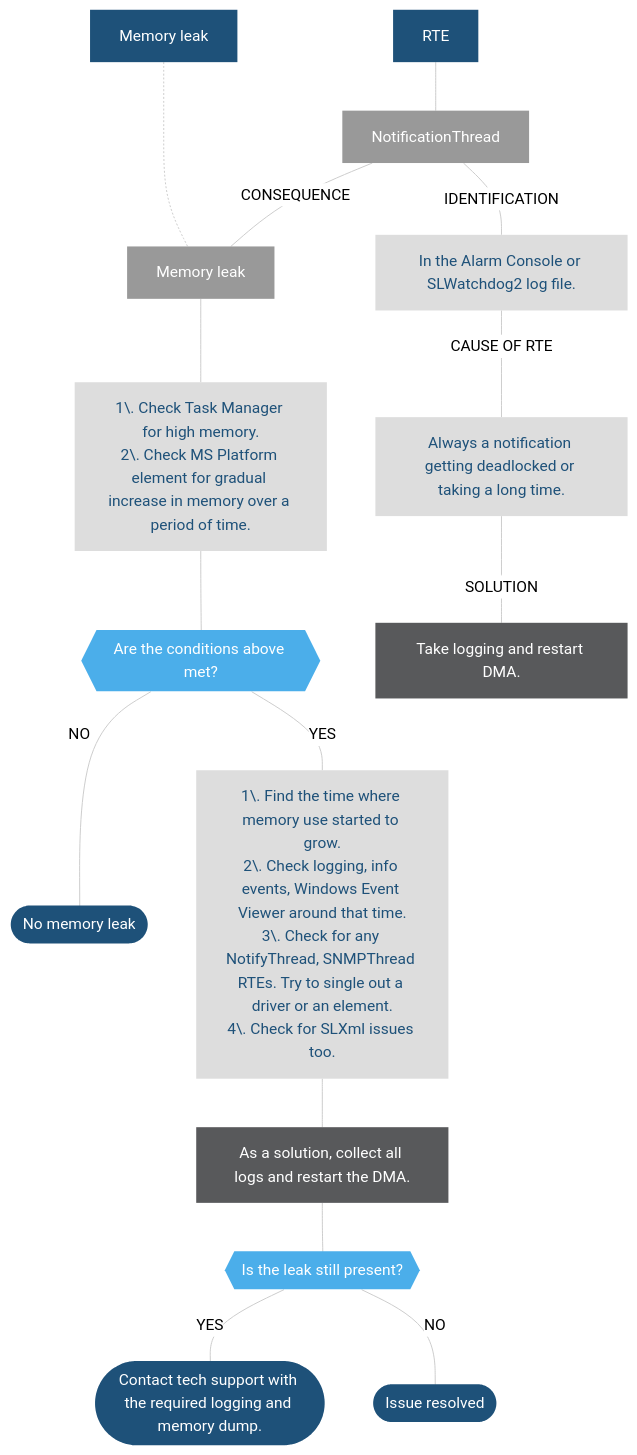
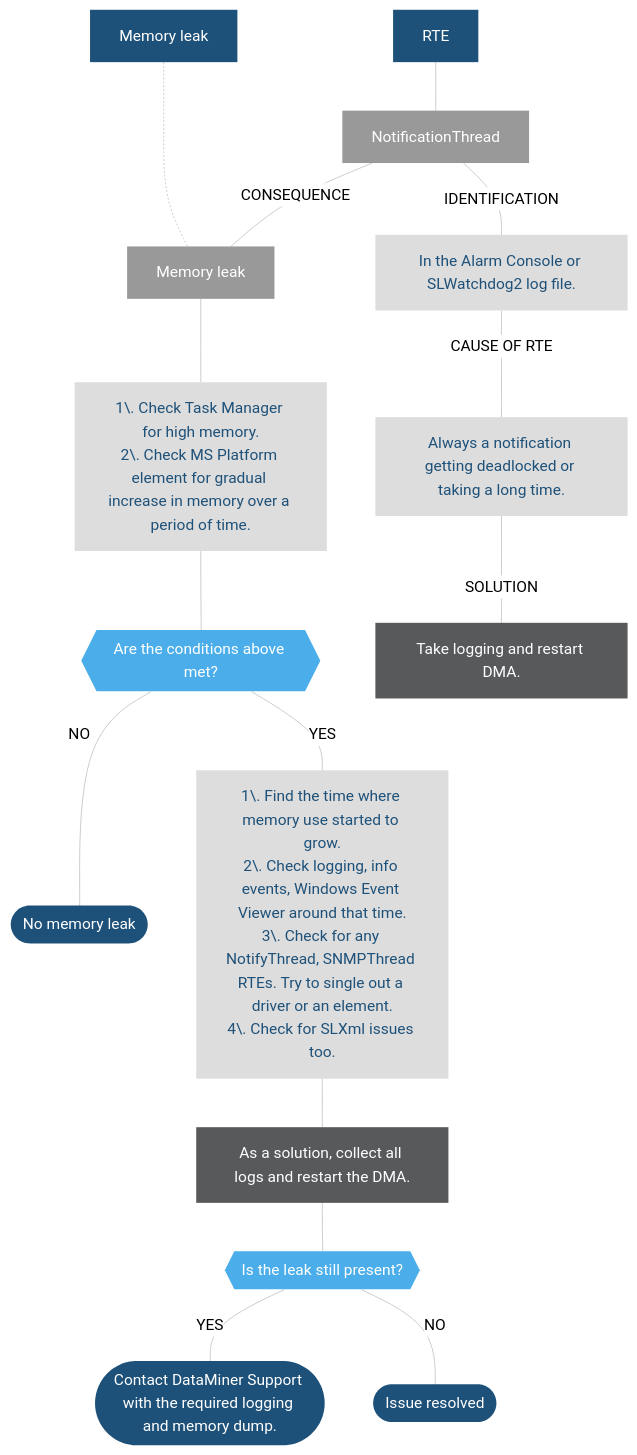
Before and after one commit to SkylineCommunications/dataminer-docs: the second of 3 diagrams in user-guide/Troubleshooting/Troubleshooting_Flowcharts/Troubleshooting_Process_Identification/Communication_processes/Troubleshooting_SLDMS_exe.md, drawn with Mermaid (neutral theme). The commit also changed other lines of this file and 13 other files, not shown here.

Commit message:
tech support => DataMiner Support

````diff
--- a/user-guide/Troubleshooting/Troubleshooting_Flowcharts/Troubleshooting_Process_Identification/Communication_processes/Troubleshooting_SLDMS_exe.md
+++ b/user-guide/Troubleshooting/Troubleshooting_Flowcharts/Troubleshooting_Process_Identification/Communication_processes/Troubleshooting_SLDMS_exe.md
@@ -54,51 +54,51 @@
 ```mermaid
 flowchart TD
 %% Define styles %%
 linkStyle default stroke:#cccccc
 classDef LightBlue fill:#9DDAF5,stroke:#000070,stroke-width:0px, color:#1E5179;
 classDef Blue fill:#4BAEEA,stroke:#000070,stroke-width:0px, color:#FFFFFF;
 classDef DarkBlue fill:#1E5179,stroke:#000070,stroke-width:0px, color:#FFFFFF;
 classDef DarkGray fill:#58595B,stroke:#000070,stroke-width:0px, color:#FFFFFF;
 classDef Gray fill:#999999,stroke:#000070,stroke-width:0px, color:#FFFFFF;
 classDef LightGray fill:#DDDDDD,stroke:#000070,stroke-width:0px, color:#1E5179;
 %% Define blocks %%
 Nt[NotificationThread]
 Rte[RTE]
 Leak[Memory leak]
 Ml[Memory leak]
 Ch[1\. Check Task Manager for high memory.<br/>2\. Check MS Platform element for gradual increase in memory over a period of time.]
 D1{{Are the conditions above met?}}
 N1([No memory leak])
 Y1[1\. Find the time where memory use started to grow.<br/>2\. Check logging, info events, Windows Event Viewer around that time.<br/>3\. Check for any NotifyThread, SNMPThread RTEs. Try to single out a driver or an element.<br/>4\. Check for SLXml issues too.]
 Sol1[As a solution, collect all logs and restart the DMA.]
 Ch1{{Is the leak still present?}}
 N2([Issue resolved])
-Y2([Contact tech support with the required logging and memory dump.])
+Y2([Contact DataMiner Support with the required logging and memory dump.])
 Nt1[In the Alarm Console or SLWatchdog2 log file.]
 Nt2[Always a notification getting deadlocked or taking a long time.]
 Nt3[Take logging and restart DMA.]
 %% Connect blocks %%
 Ml -..- Leak
 Rte --- Nt
 Leak --- Ch
 Ch --- D1
 D1 --- |YES| Y1
 D1 --- |NO| N1
 Y1 --- Sol1
 Sol1 --- Ch1
 Ch1 --- |YES| Y2
 Ch1 --- |NO| N2
 Nt --- |IDENTIFICATION| Nt1
 Nt --- |CONSEQUENCE| Leak
 Nt1 --- |CAUSE OF RTE| Nt2
 Nt2 --- |SOLUTION| Nt3
 %% Define hyperlinks %%
 click Nt "#notificationthread-rte"
 %% Apply styles to blocks %%
 class Rte,Ml,START,MinidumpNo,ProcessCrashed,N2,N1,Y2 DarkBlue;
 class MinidumpYes,Sol1,Nt3 DarkGray;
 class CrashdumpDetected,Minidump,D1,Ch1 Blue;
 class StartPage,LogCollector,OI LightBlue;
 class Crash,Y1,Ch,Nt1,Nt2 LightGray;
 class Nt,Leak Gray;
 ```
````
